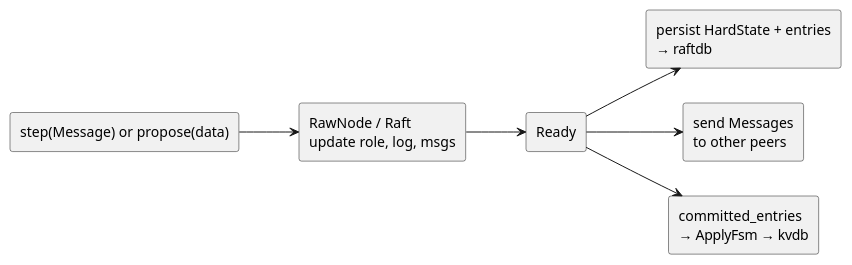
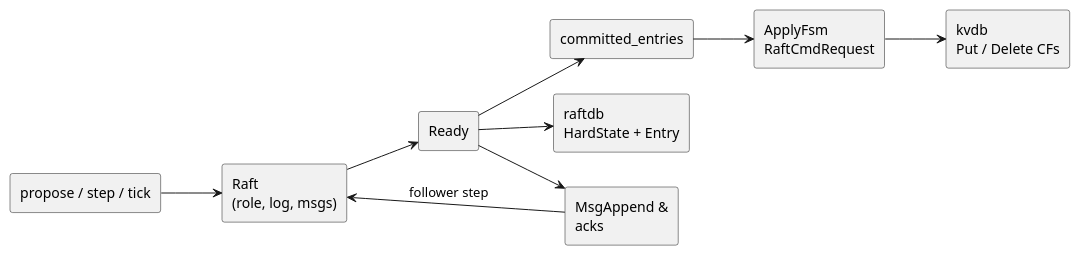
The third of 3 diagrams in content/post/data/db/tidb/tikv/index.md (kevinwang930/kevinwang930.github.io), drawn with PlantUML before and after one commit. The commit also changed other lines of this file and 2 other files, not shown here.

````diff
--- a/content/post/data/db/tidb/tikv/index.md
+++ b/content/post/data/db/tidb/tikv/index.md
@@ -433,20 +350,25 @@
 ```plantuml
 @startuml
 left to right direction
 skinparam shadowing false
 
-rectangle "step(Message) or propose(data)" as in
-rectangle "RawNode / Raft\nupdate role, log, msgs" as raft
+rectangle "propose / step / tick" as in
+rectangle "Raft\n(role, log, msgs)" as raft
 rectangle "Ready" as ready
-rectangle "persist HardState + entries\n→ raftdb" as persist
-rectangle "send Messages\nto other peers" as send
-rectangle "committed_entries\n→ ApplyFsm → kvdb" as apply
+rectangle "raftdb\nHardState + Entry" as raftdb
+rectangle "MsgAppend &\nacks" as net
+rectangle "committed_entries" as ce
+rectangle "ApplyFsm\nRaftCmdRequest" as apply
+rectangle "kvdb\nPut / Delete CFs" as kvdb
 
 in --> raft
 raft --> ready
-ready --> persist
-ready --> send
-ready --> apply
+ready --> raftdb
+ready --> net
+net --> raft : follower step
+ready --> ce
+ce --> apply
+apply --> kvdb
 
 @enduml
 ```
````
